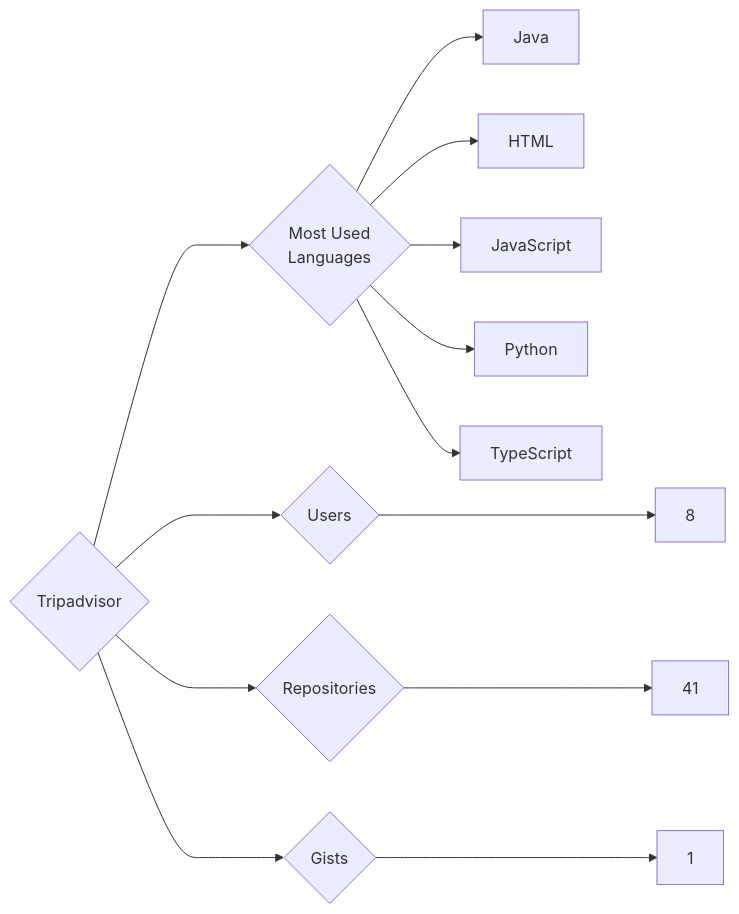
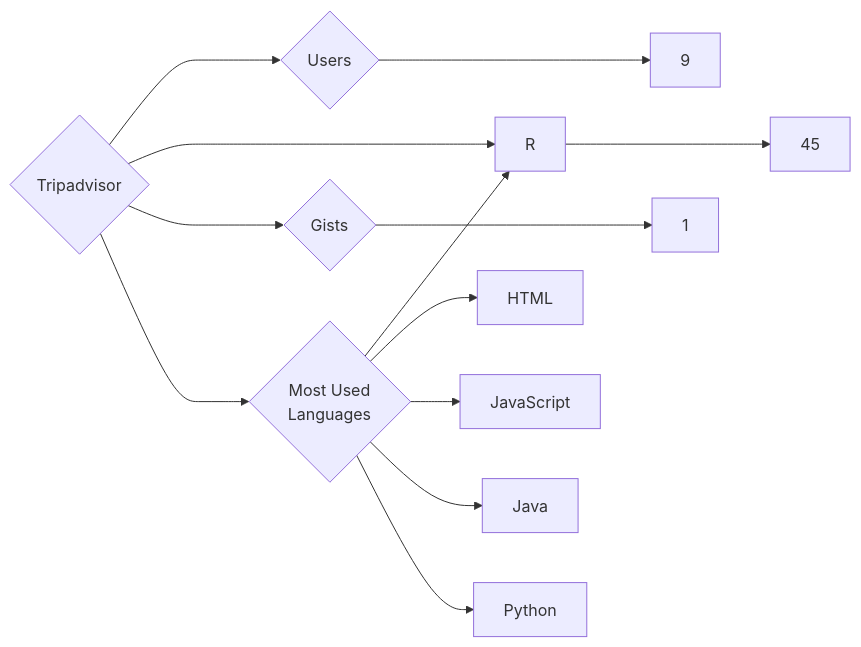
The diagram in targets/Tripadvisor/README.md (trickest/insiders), drawn with Mermaid before and after one commit. The commit also changed 964 other files, not shown here.

````diff
--- a/targets/Tripadvisor/README.md
+++ b/targets/Tripadvisor/README.md
@@ -3,13 +3,13 @@
 ```mermaid
 graph LR
 COMPANY_NAME{Tripadvisor}
-COMPANY_NAME ---> U{Users} ---> UN[8]
-COMPANY_NAME ---> R{Repositories} ---> RN[41]
+COMPANY_NAME ---> U{Users} ---> UN[9]
+COMPANY_NAME ---> R{Repositories} ---> RN[45]
 COMPANY_NAME ---> G{Gists} ---> GN[1]
 COMPANY_NAME ---> ML{Most Used<br>Languages}
-ML --> Java[Java]
+ML --> R[R]
 ML --> HTML[HTML]
 ML --> JavaScript[JavaScript]
+ML --> Java[Java]
 ML --> Python[Python]
-ML --> TypeScript[TypeScript]
 ```
````
